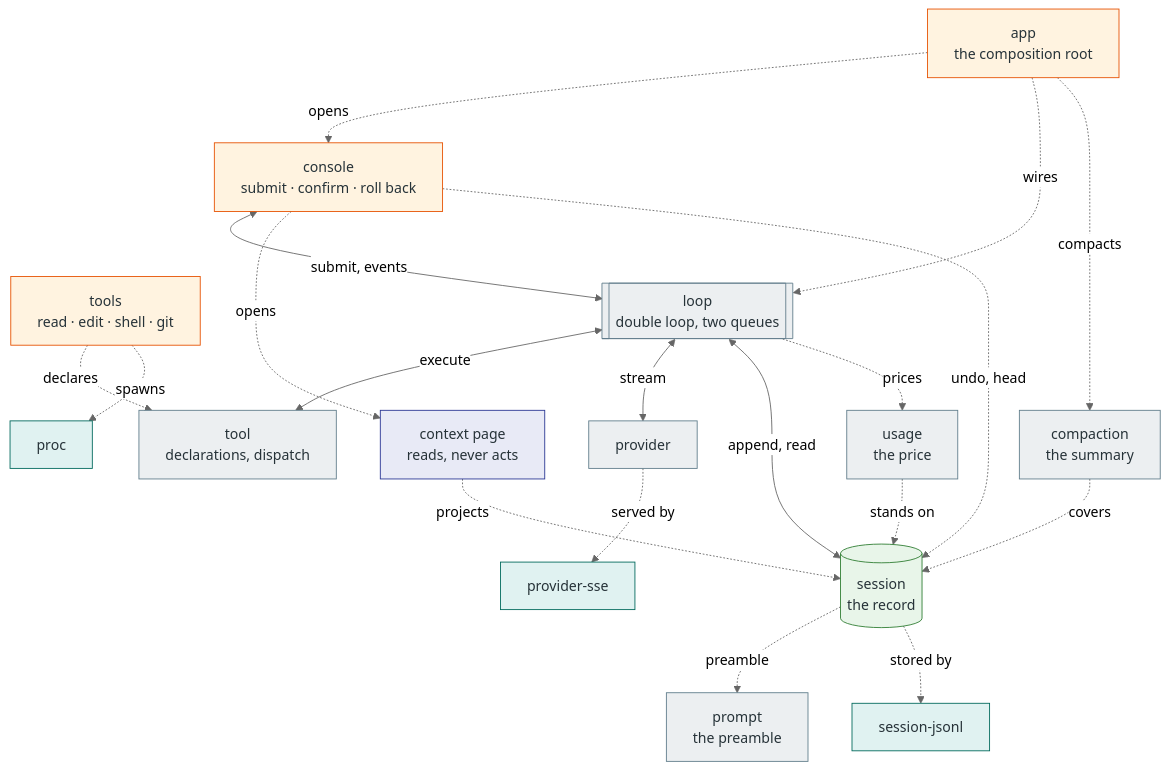
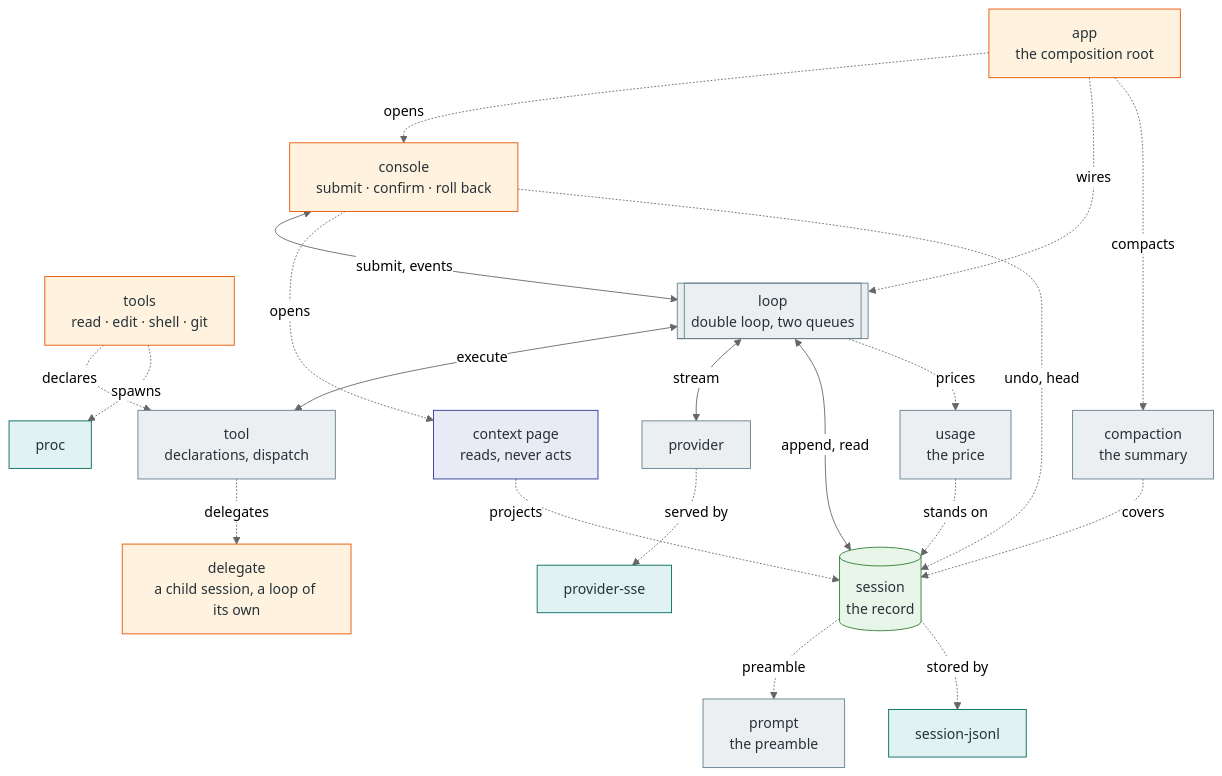
One commit to OverbearingPearl/pearl changed the second of 2 diagrams in README.md. Above: the diagram before and after it, drawn with Mermaid (neutral theme). The commit also changed other lines of this file, not shown here.

First line of the commit message:
Draw the delegate, and name the modules the picture leaves out

````diff
--- a/README.md
+++ b/README.md
@@ -220,45 +220,47 @@
 ```mermaid
 flowchart TB
   console["console<br/>submit · confirm · roll back"]
   context["context page<br/>reads, never acts"]
   app["app<br/>the composition root"]
   tools["tools<br/>read · edit · shell · git"]
   loop[["loop<br/>double loop, two queues"]]
   tool["tool<br/>declarations, dispatch"]
   provider["provider"]
   session[("session<br/>the record")]
   prompt["prompt<br/>the preamble"]
   compaction["compaction<br/>the summary"]
   usage["usage<br/>the price"]
   sse["provider-sse"]
   jsonl["session-jsonl"]
   proc["proc"]
+  delegate["delegate<br/>a child session, a loop of its own"]
   app -.->|opens| console
   app -.->|wires| loop
   app -.->|compacts| compaction
   console <-->|submit, events| loop
   console -.->|opens| context
   console -.->|undo, head| session
   context -.->|projects| session
   loop <-->|execute| tool
   tools -.->|declares| tool
   loop <-->|stream| provider
   loop <-->|append, read| session
   loop -.->|prices| usage
   usage -.->|stands on| session
   compaction -.->|covers| session
   session -.->|preamble| prompt
   provider -.->|served by| sse
   session -.->|stored by| jsonl
   tools -.->|spawns| proc
+  tool -.->|delegates| delegate
   classDef product fill:#fff3e0,stroke:#e65100,color:#263238
   classDef page fill:#e8eaf6,stroke:#283593,color:#263238
   classDef core fill:#eceff1,stroke:#607d8b,color:#263238
   classDef record fill:#e8f5e9,stroke:#2e7d32,color:#263238
   classDef adapter fill:#e0f2f1,stroke:#00695c,color:#263238
-  class console,tools,app product
+  class console,tools,app,delegate product
   class context page
   class loop,tool,provider,prompt,compaction,usage core
   class session record
   class sse,jsonl,proc adapter
 ```
````
